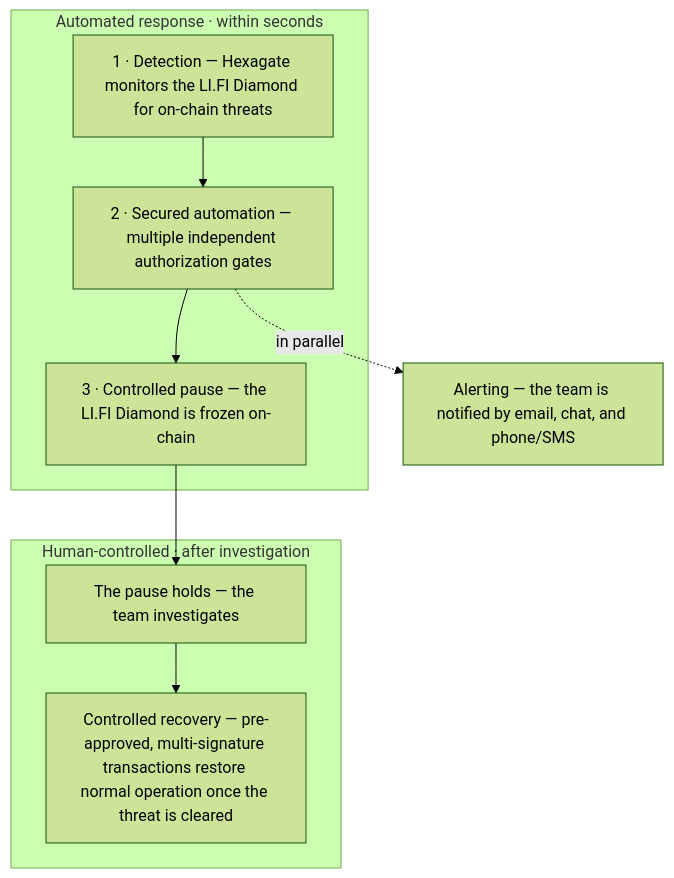
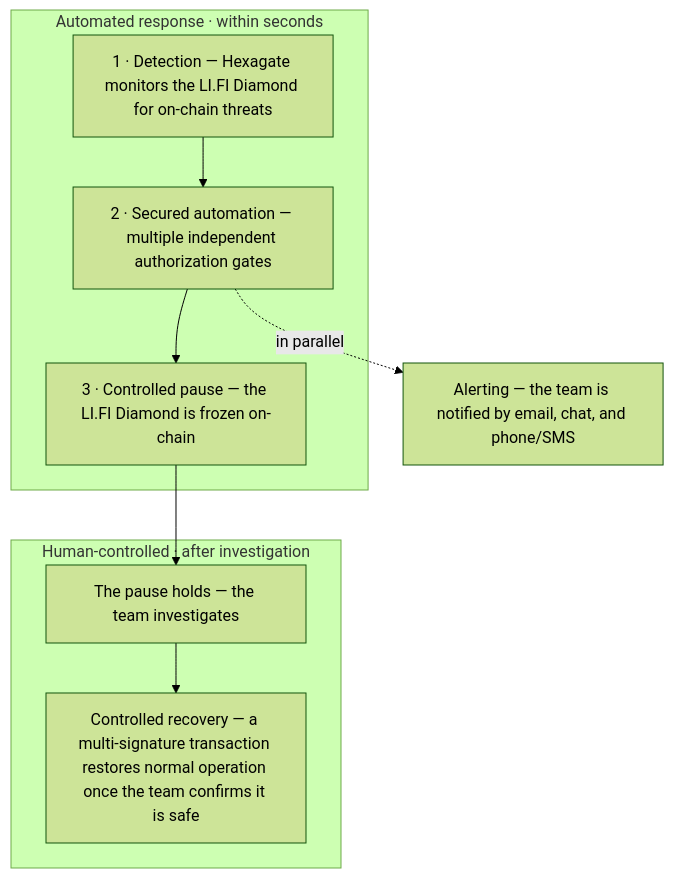
The diagram in docs/security/2026-05-28-emergency-pause-exercise-report.md (lifinance/contracts), drawn with Mermaid (forest theme) before and after one commit. The commit also changed other lines of this file and 2 other files, not shown here.

First line of the commit message:
docs(EXSC-366): correct recovery framing — not "pre-approved" in real incidents

````diff
--- a/docs/security/2026-05-28-emergency-pause-exercise-report.md
+++ b/docs/security/2026-05-28-emergency-pause-exercise-report.md
@@ -65,12 +65,12 @@
 ```mermaid
 flowchart TD
     subgraph A["Automated response · within seconds"]
         D["1 · Detection — Hexagate monitors the LI.FI Diamond for on-chain threats"] --> S["2 · Secured automation — multiple independent authorization gates"]
         S --> P["3 · Controlled pause — the LI.FI Diamond is frozen on-chain"]
     end
     S -. in parallel .-> AL["Alerting — the team is notified by email, chat, and phone/SMS"]
     P --> G["The pause holds — the team investigates"]
     subgraph H["Human-controlled · after investigation"]
-        G --> R["Controlled recovery — pre-approved, multi-signature transactions restore normal operation once the threat is cleared"]
+        G --> R["Controlled recovery — a multi-signature transaction restores normal operation once the team confirms it is safe"]
     end
 ```
````
